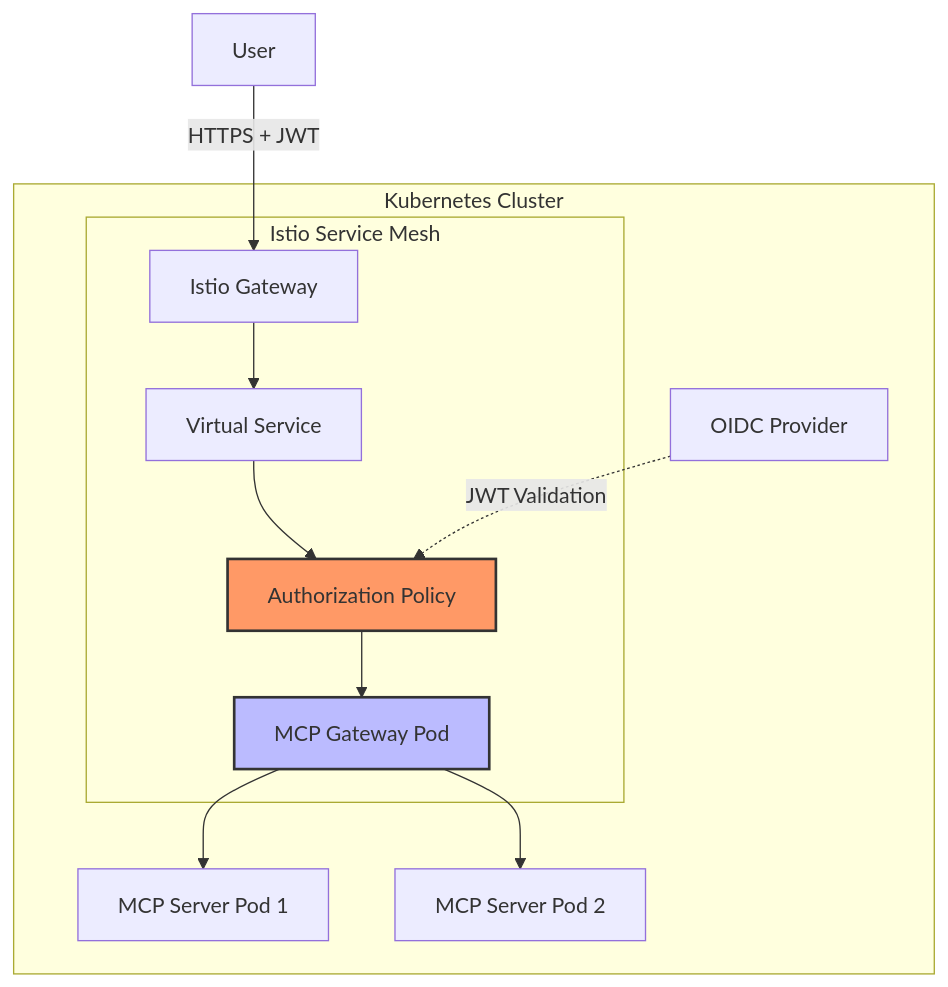
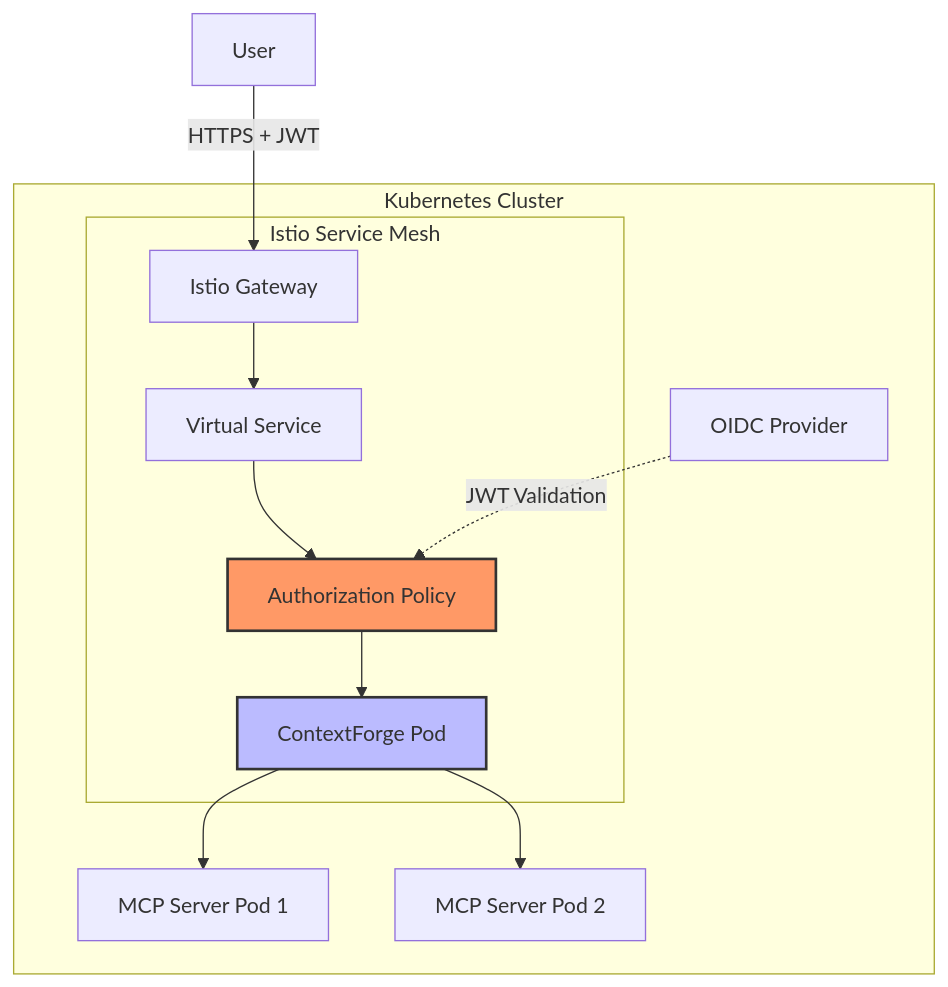
Before and after one commit to tedhabeck/mcp-context-forge: the fourth of 10 diagrams in docs/docs/manage/proxy.md, drawn with Mermaid. The commit also changed other lines of this file and 583 other files, not shown here.

First line of the commit message:
docs: rebrand to ContextForge AI Gateway (#3091)

````diff
--- a/docs/docs/manage/proxy.md
+++ b/docs/docs/manage/proxy.md
@@ -173,20 +173,20 @@
 ```mermaid
 graph TB
     subgraph "Kubernetes Cluster"
         subgraph "Istio Service Mesh"
             IG[Istio Gateway] --> VS[Virtual Service]
             VS --> AuthZ[Authorization Policy]
-            AuthZ --> Gateway[MCP Gateway Pod]
+            AuthZ --> Gateway[ContextForge Pod]
         end
 
         Gateway --> MCP1[MCP Server Pod 1]
         Gateway --> MCP2[MCP Server Pod 2]
 
         OIDC[OIDC Provider] -.->|JWT Validation| AuthZ
     end
 
     User[User] -->|HTTPS + JWT| IG
 
     style AuthZ fill:#f96,stroke:#333,stroke-width:2px
     style Gateway fill:#bbf,stroke:#333,stroke-width:2px
 ```
````
